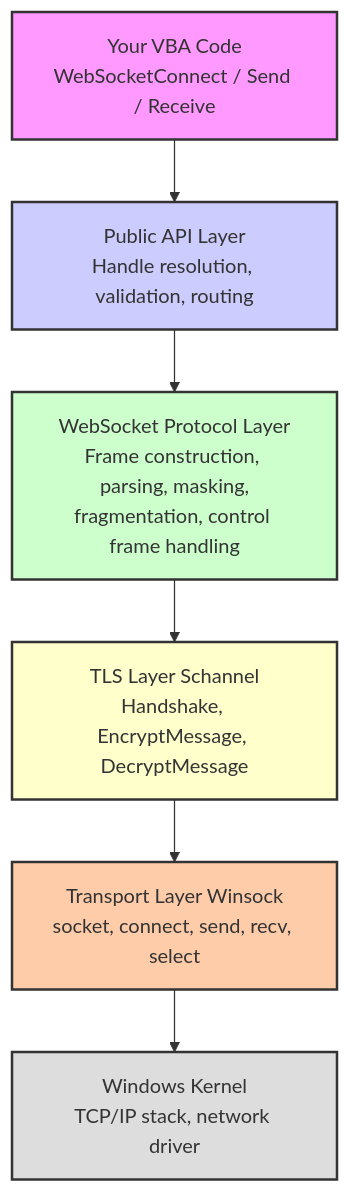
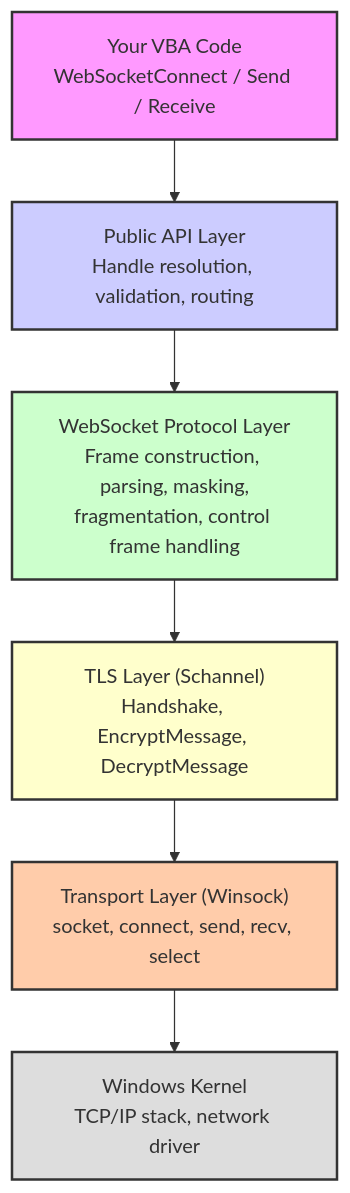
Before and after one commit to uesleibros/wasabi: the diagram in docs/ARCHITECTURE.md, drawn with Mermaid.

````diff
--- a/docs/ARCHITECTURE.md
+++ b/docs/ARCHITECTURE.md
@@ -16,18 +16,18 @@
 ```mermaid
 graph TD
     A["Your VBA Code<br/>WebSocketConnect / Send / Receive"]
     B["Public API Layer<br/>Handle resolution, validation, routing"]
     C["WebSocket Protocol Layer<br/>Frame construction, parsing, masking,<br/>fragmentation, control frame handling"]
-    D["TLS Layer Schannel<br/>Handshake, EncryptMessage, DecryptMessage"]
-    E["Transport Layer Winsock<br/>socket, connect, send, recv, select"]
+    D["TLS Layer (Schannel)<br/>Handshake, EncryptMessage, DecryptMessage"]
+    E["Transport Layer (Winsock)<br/>socket, connect, send, recv, select"]
     F["Windows Kernel<br/>TCP/IP stack, network driver"]
 
     A --> B --> C --> D --> E --> F
 
     style A fill:#f9f,stroke:#333,stroke-width:2px
     style B fill:#ccf,stroke:#333,stroke-width:2px
     style C fill:#cfc,stroke:#333,stroke-width:2px
     style D fill:#ffc,stroke:#333,stroke-width:2px
     style E fill:#fca,stroke:#333,stroke-width:2px
     style F fill:#ddd,stroke:#333,stroke-width:2px
 ```
````
